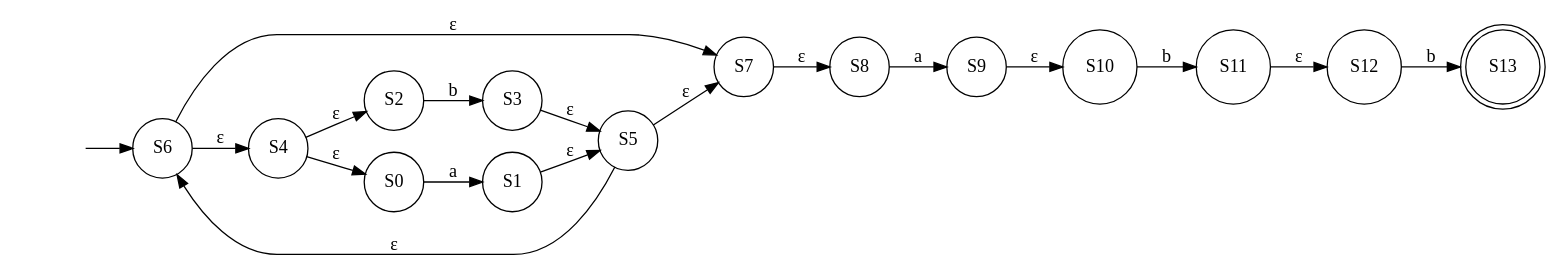
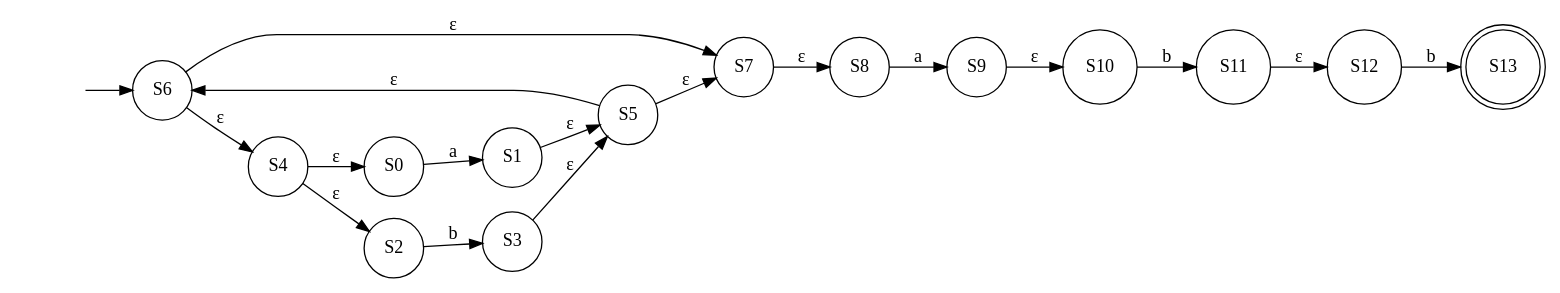
One commit to youssefhassan01/Compilers_Assignment changed the diagram in NFA.gv. Above: the diagram before and after it, drawn with Graphviz. The commit also changed other lines of this file and 4 other files, not shown here.

```diff
--- a/NFA.gv
+++ b/NFA.gv
@@ -1,35 +1,35 @@
 digraph NFA {
 	graph [rankdir=LR]
 	"" [label="" shape=plaintext]
 	S13 [label=S13 shape=doublecircle]
-	S6 [label=S6 shape=circle]
+	S8 [label=S8 shape=circle]
+	S5 [label=S5 shape=circle]
 	S7 [label=S7 shape=circle]
-	S12 [label=S12 shape=circle]
-	S3 [label=S3 shape=circle]
-	S5 [label=S5 shape=circle]
-	S2 [label=S2 shape=circle]
 	S10 [label=S10 shape=circle]
 	S9 [label=S9 shape=circle]
+	S6 [label=S6 shape=circle]
+	S11 [label=S11 shape=circle]
+	S2 [label=S2 shape=circle]
+	S12 [label=S12 shape=circle]
+	S0 [label=S0 shape=circle]
+	S3 [label=S3 shape=circle]
+	S4 [label=S4 shape=circle]
 	S1 [label=S1 shape=circle]
-	S8 [label=S8 shape=circle]
-	S4 [label=S4 shape=circle]
-	S0 [label=S0 shape=circle]
-	S11 [label=S11 shape=circle]
 	"" -> S6 [label=""]
 	S0 -> S1 [label=a]
 	S1 -> S5 [label="ε"]
 	S2 -> S3 [label=b]
 	S3 -> S5 [label="ε"]
 	S4 -> S0 [label="ε"]
 	S4 -> S2 [label="ε"]
+	S5 -> S7 [label="ε"]
 	S5 -> S6 [label="ε"]
-	S5 -> S7 [label="ε"]
 	S6 -> S7 [label="ε"]
 	S6 -> S4 [label="ε"]
 	S7 -> S8 [label="ε"]
 	S8 -> S9 [label=a]
 	S9 -> S10 [label="ε"]
 	S10 -> S11 [label=b]
 	S11 -> S12 [label="ε"]
 	S12 -> S13 [label=b]
 }
```
